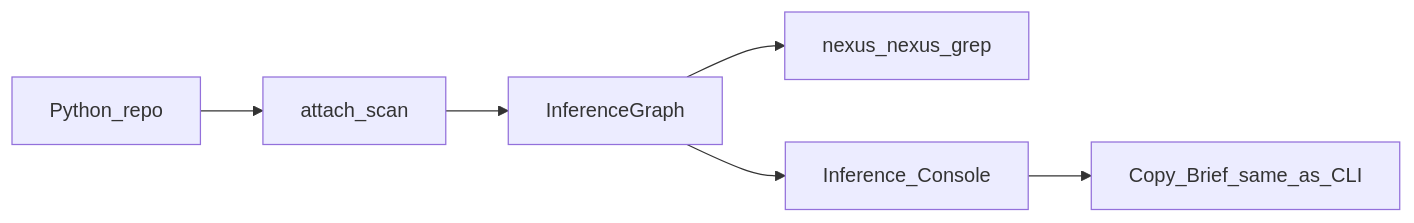
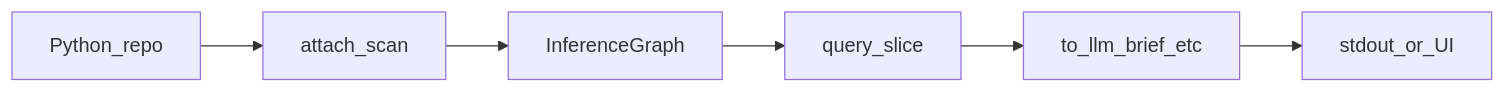
The diagram in docs/tutorial-nexus-cli-and-ui.md (MechanicalDeus/Mechanicals-Nexus---Inference-Control), drawn with Mermaid before and after one commit. The commit also changed other lines of this file and 1 other file, not shown here.

First line of the commit message:
docs: rewrite tutorial as CLI-internals story told through UI

````diff
--- a/docs/tutorial-nexus-cli-and-ui.md
+++ b/docs/tutorial-nexus-cli-and-ui.md
@@ -42,8 +46,8 @@
 ```mermaid
 flowchart LR
   Py[Python_repo] --> Scan[attach_scan]
   Scan --> G[InferenceGraph]
-  G --> CLI[nexus_nexus_grep]
-  G --> UI[Inference_Console]
-  UI --> Clip[Copy_Brief_same_as_CLI]
+  G --> Slice[query_slice]
+  Slice --> Brief[to_llm_brief_etc]
+  Brief --> Out[stdout_or_UI]
 ```
````
